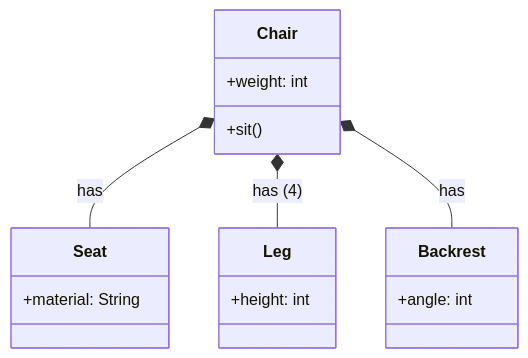
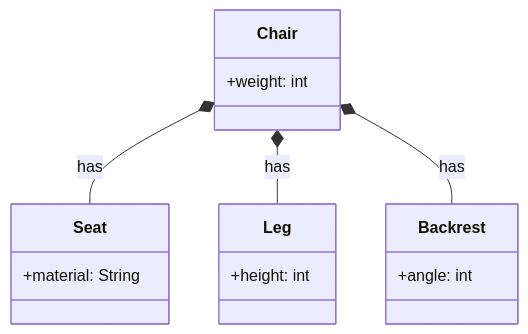
The eighth of 10 diagrams in 07_AssociationAggregationAndComposition.md (Muhammad-Hussain456/OOP), drawn with Mermaid before and after one commit. The commit also changed other lines of this file, not shown here.

````diff
--- a/07_AssociationAggregationAndComposition.md
+++ b/07_AssociationAggregationAndComposition.md
@@ -200,20 +221,19 @@
 ```mermaid
 classDiagram
     Chair *-- Seat : has
-    Chair *-- Leg : has (4)
+    Chair *-- Leg : has
     Chair *-- Backrest : has
     
     class Chair {
         +weight: int
-        +sit()
     }
     class Seat {
         +material: String
     }
     class Leg {
         +height: int
     }
     class Backrest {
         +angle: int
     }
 ```
````
